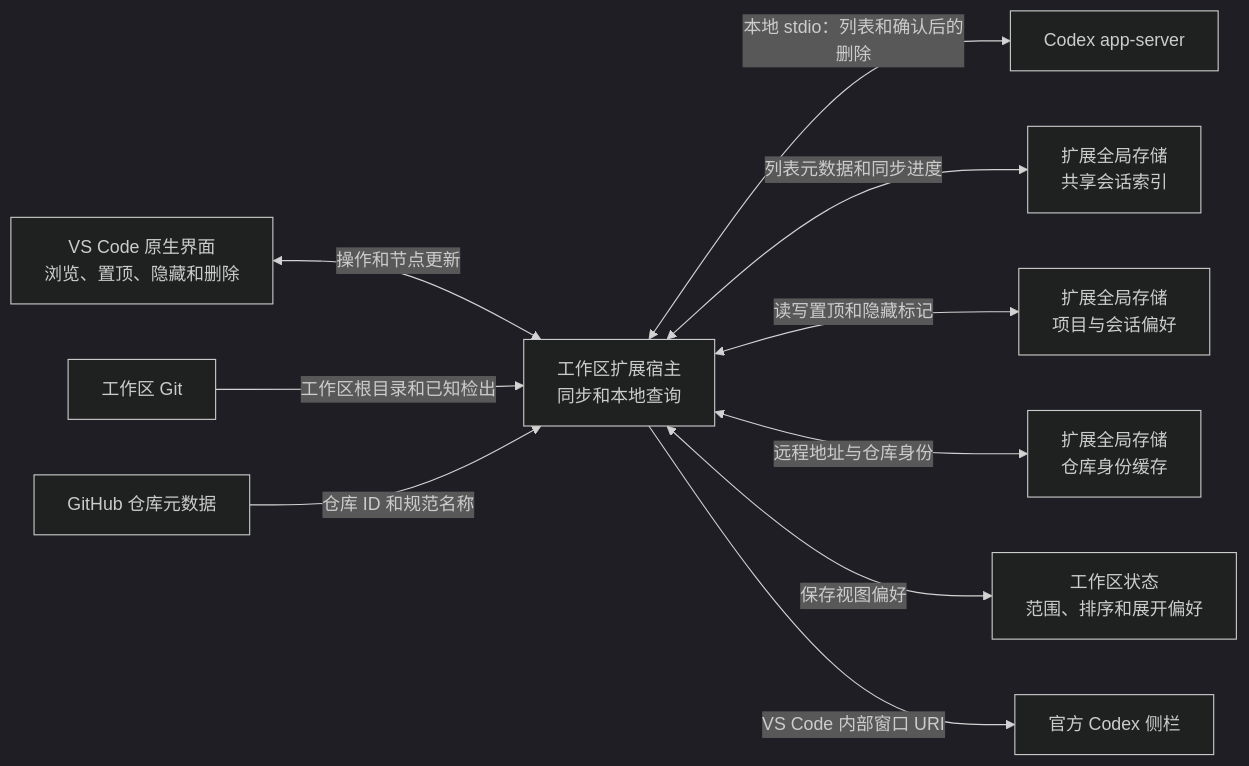
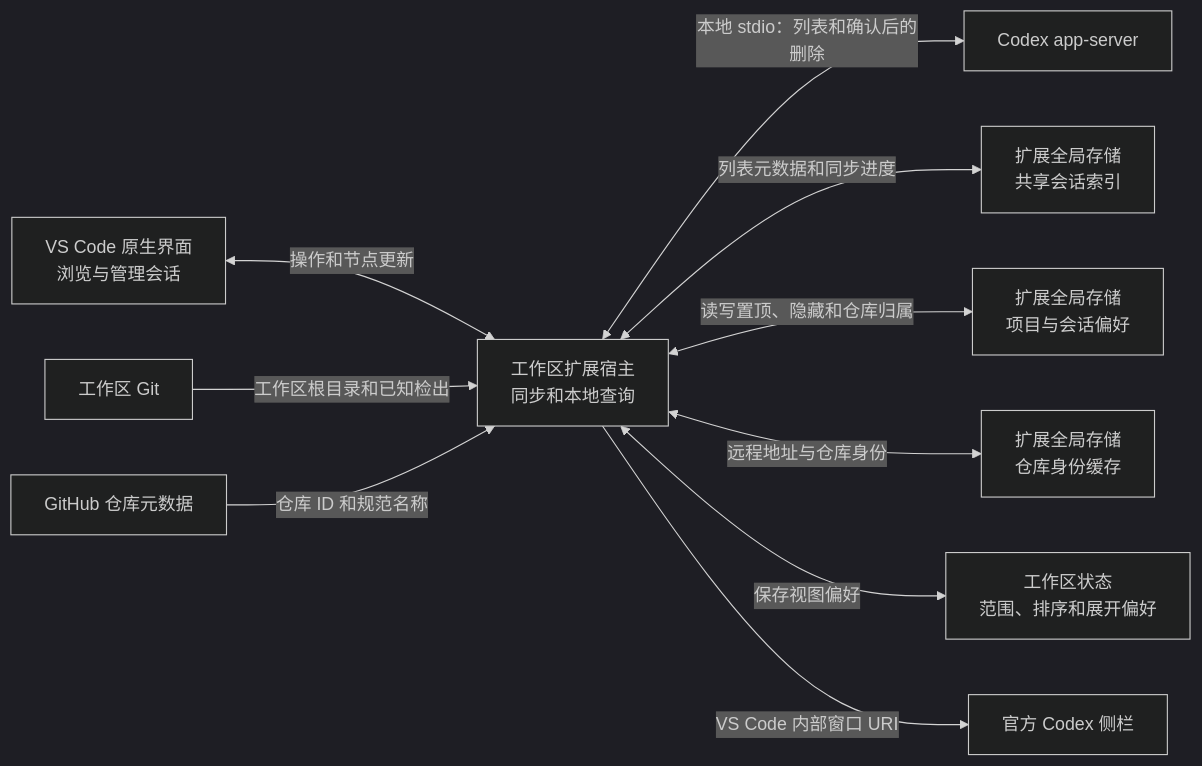
One commit to jaypume/vscode-codex-chats-list changed the diagram in ARCH.md. Above: the diagram before and after it, drawn with Mermaid (dark theme). The commit also changed 18 other files, not shown here.

````diff
--- a/ARCH.md
+++ b/ARCH.md
@@ -3,22 +3,22 @@
 ```mermaid
 flowchart LR
-  UI["VS Code 原生界面<br/>浏览、置顶、隐藏和删除"]
+  UI["VS Code 原生界面<br/>浏览与管理会话"]
   Host["工作区扩展宿主<br/>同步和本地查询"]
   Git["工作区 Git"]
   GitHub["GitHub 仓库元数据"]
   Server["Codex app-server"]
   Codex["官方 Codex 侧栏"]
   Prefs["工作区状态<br/>范围、排序和展开偏好"]
   Index["扩展全局存储<br/>共享会话索引"]
   Preferences["扩展全局存储<br/>项目与会话偏好"]
   Repositories["扩展全局存储<br/>仓库身份缓存"]
   UI <-->|"操作和节点更新"| Host
   Host <-->|"本地 stdio：列表和确认后的删除"| Server
   Host <-->|"列表元数据和同步进度"| Index
-  Host <-->|"读写置顶和隐藏标记"| Preferences
+  Host <-->|"读写置顶、隐藏和仓库归属"| Preferences
   Git -->|"工作区根目录和已知检出"| Host
   GitHub -->|"仓库 ID 和规范名称"| Host
   Host <-->|"远程地址与仓库身份"| Repositories
   Host <-->|"保存视图偏好"| Prefs
   Host -->|"VS Code 内部窗口 URI"| Codex
 ```
````
